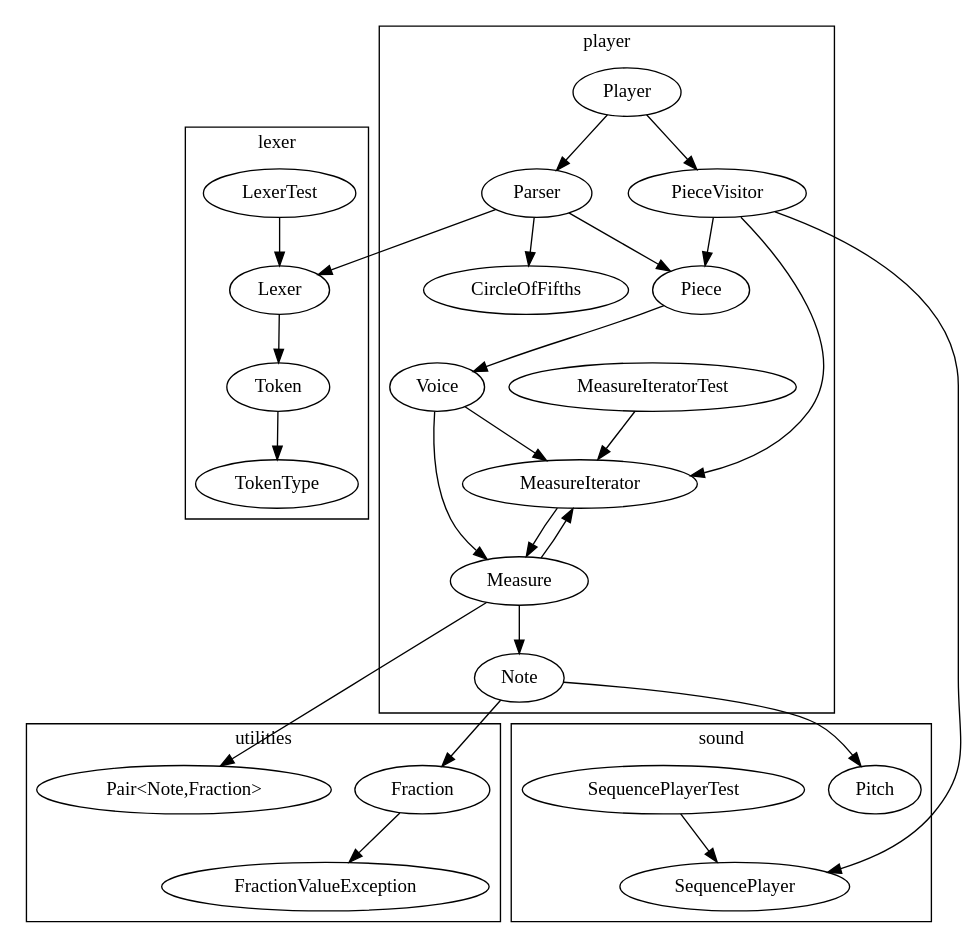
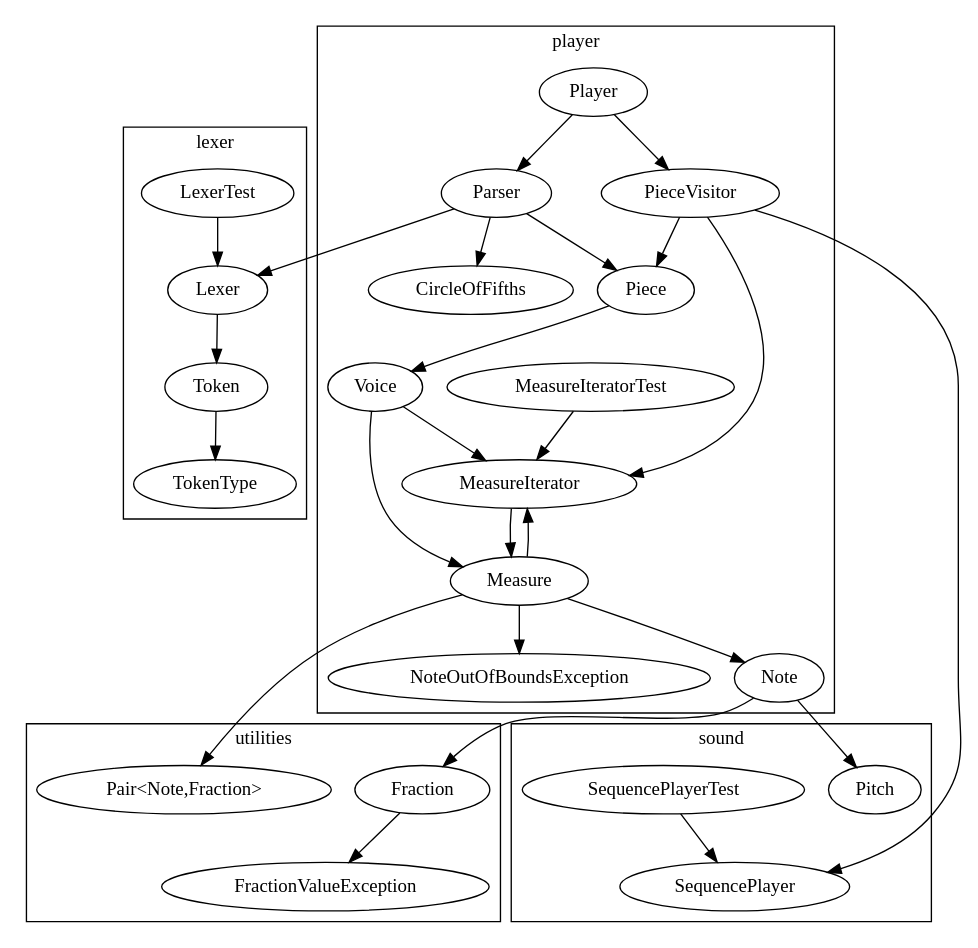
One commit to Zomega/abcplayer changed the diagram in docs/classes.dot. Above: the diagram before and after it, drawn with Graphviz. The commit also changed 8 other files, not shown here.

```diff
--- a/docs/classes.dot
+++ b/docs/classes.dot
@@ -1,58 +1,56 @@
 // A very rough sketch of dependancies.
 // A -> B means that the class A in some way requires B to function fully.
 // A -> B neither implies B -> A or not B -> A
 
 // This document is rough and subject to tons of change.
 
 digraph Classes {
 	subgraph cluster_lexer {
 		label = "lexer";
 		Lexer -> Token->TokenType;
 		LexerTest;
 	}
 	subgraph cluster_utilities {
 		label = "utilities";
 		Fraction->FractionValueException;
 		"Pair<Note,Fraction>";
 	}
 	subgraph cluster_sound {
 		label = "sound";
 		Pitch;
 		SequencePlayer;
 		SequencePlayerTest;
 	}
 	subgraph cluster_player {
 		label = "player";
 		Parser;
 		Player;
-		PieceVisitor;
-		Piece;
+		PieceVisitor -> Piece;
 		CircleOfFifths;
 		Voice;
 		MeasureIterator;
-		Measure;
+		Measure->NoteOutOfBoundsException;
 		Note;
 		MeasureIteratorTest;
 	}
 	
 	// Data Structure...
-	PieceVisitor -> Piece;
 	PieceVisitor -> MeasureIterator->Measure;
 	Measure->MeasureIterator;
 	Voice->MeasureIterator;
 	Piece->Voice->Measure->Note;
 	Measure->"Pair<Note,Fraction>";
 	Note->Pitch;
 	Note->Fraction;
 	
 	// Player.
 	Parser -> Lexer;
 	Parser -> CircleOfFifths
 	Parser -> Piece;
 	Player -> Parser;
 	Player -> PieceVisitor -> SequencePlayer;
 	//Testing...
 	LexerTest->Lexer;
 	MeasureIteratorTest->MeasureIterator;
 	SequencePlayerTest->SequencePlayer;
 }
```
